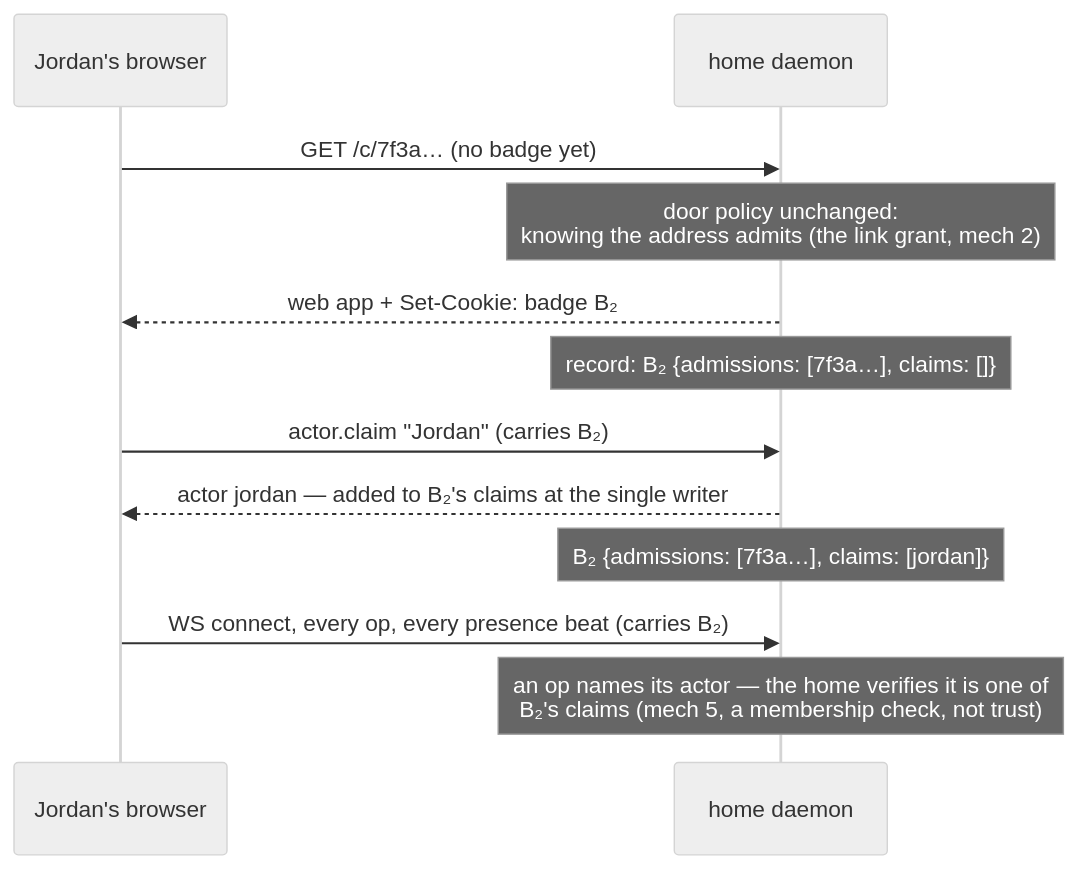
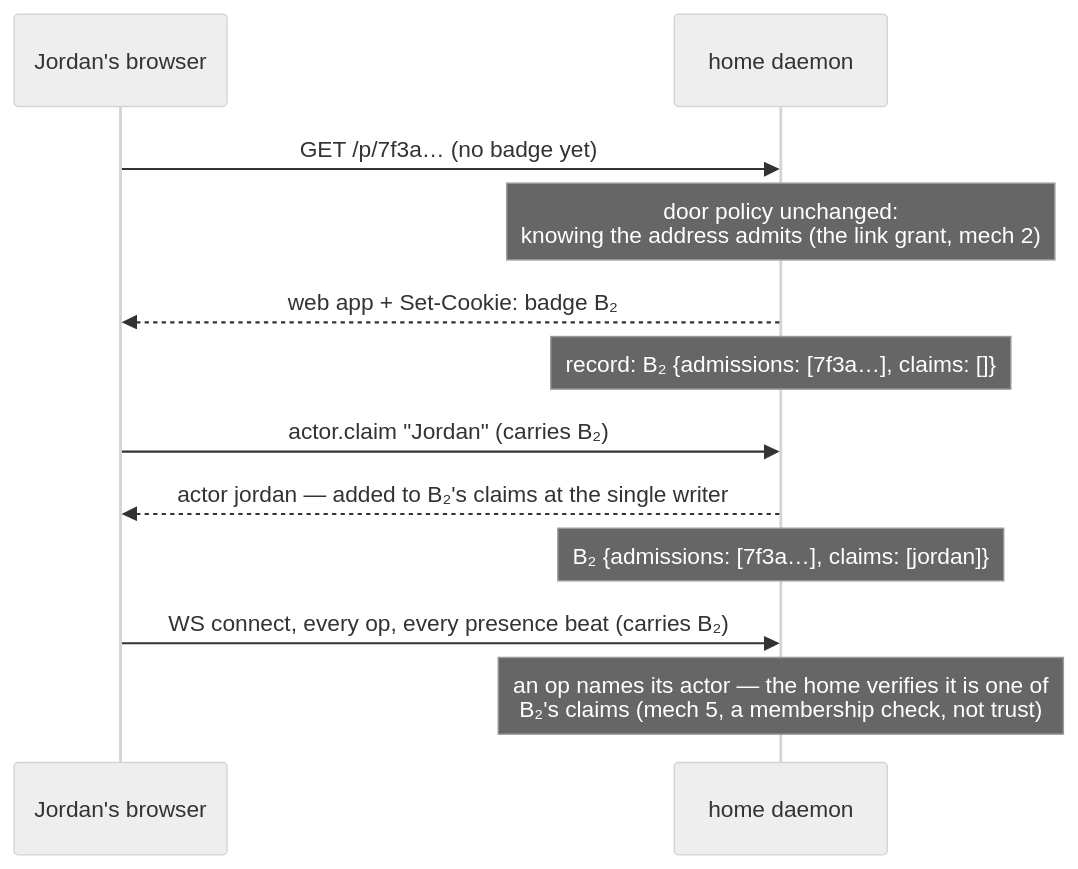
The second of 6 diagrams in docs/design/identity-desk.md (dglazkov/isocan), drawn with Mermaid (neutral theme) before and after one commit. The commit also changed other lines of this file and 2 other files, not shown here.

````diff
--- a/docs/design/identity-desk.md
+++ b/docs/design/identity-desk.md
@@ -163,14 +163,14 @@
 ```mermaid
 sequenceDiagram
     participant J as Jordan's browser
     participant H as home daemon
-    J->>H: GET /c/7f3a… (no badge yet)
+    J->>H: GET /p/7f3a… (no badge yet)
     Note over H: door policy unchanged:<br/>knowing the address admits (the link grant, mech 2)
     H-->>J: web app + Set-Cookie: badge B₂
     Note over H: record: B₂ {admissions: [7f3a…], claims: []}
     J->>H: actor.claim "Jordan" (carries B₂)
     H-->>J: actor jordan — added to B₂'s claims at the single writer
     Note over H: B₂ {admissions: [7f3a…], claims: [jordan]}
     J->>H: WS connect, every op, every presence beat (carries B₂)
     Note over H: an op names its actor — the home verifies it is one of<br/>B₂'s claims (mech 5, a membership check, not trust)
 ```
````
